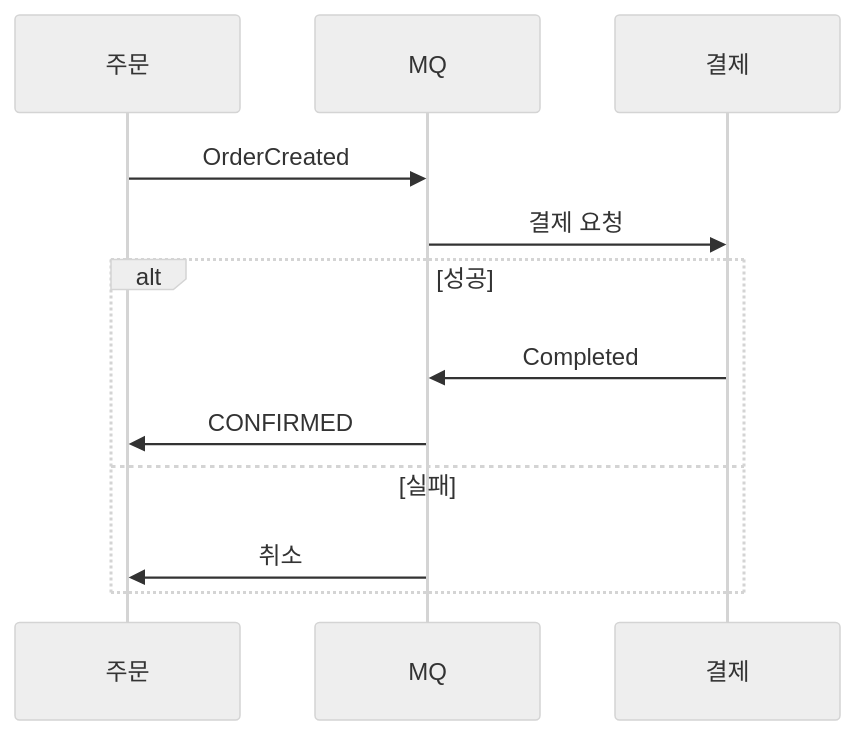
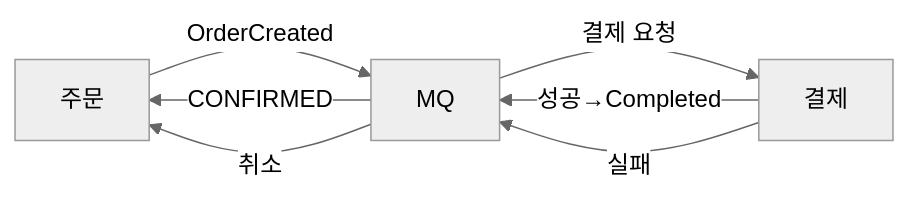
One commit to yjkim2015/yjkim2015.github.io changed the tenth of 11 diagrams in _posts/spring/2026-05-02-spring-db-1.md. Above: the diagram before and after it, drawn with Mermaid (neutral theme). The commit also changed other lines of this file and 32 other files, not shown here.

First line of the commit message:
sequenceDiagram 82개 → graph LR 변환 완료

````diff
--- a/_posts/spring/2026-05-02-spring-db-1.md
+++ b/_posts/spring/2026-05-02-spring-db-1.md
@@ -539,14 +527,9 @@
 ```mermaid
-sequenceDiagram
-    participant OS as 주문
-    participant MQ
-    participant PS as 결제
-    OS->>MQ: OrderCreated
-    MQ->>PS: 결제 요청
-    alt 성공
-        PS->>MQ: Completed
-        MQ->>OS: CONFIRMED
-    else 실패
-        MQ->>OS: 취소
-    end
+graph LR
+    OS["주문"] -->|"OrderCreated"| MQ["MQ"]
+    MQ -->|"결제 요청"| PS["결제"]
+    PS -->|"성공→Completed"| MQ
+    MQ -->|"CONFIRMED"| OS
+    PS -->|"실패"| MQ
+    MQ -->|"취소"| OS
 ```
````
